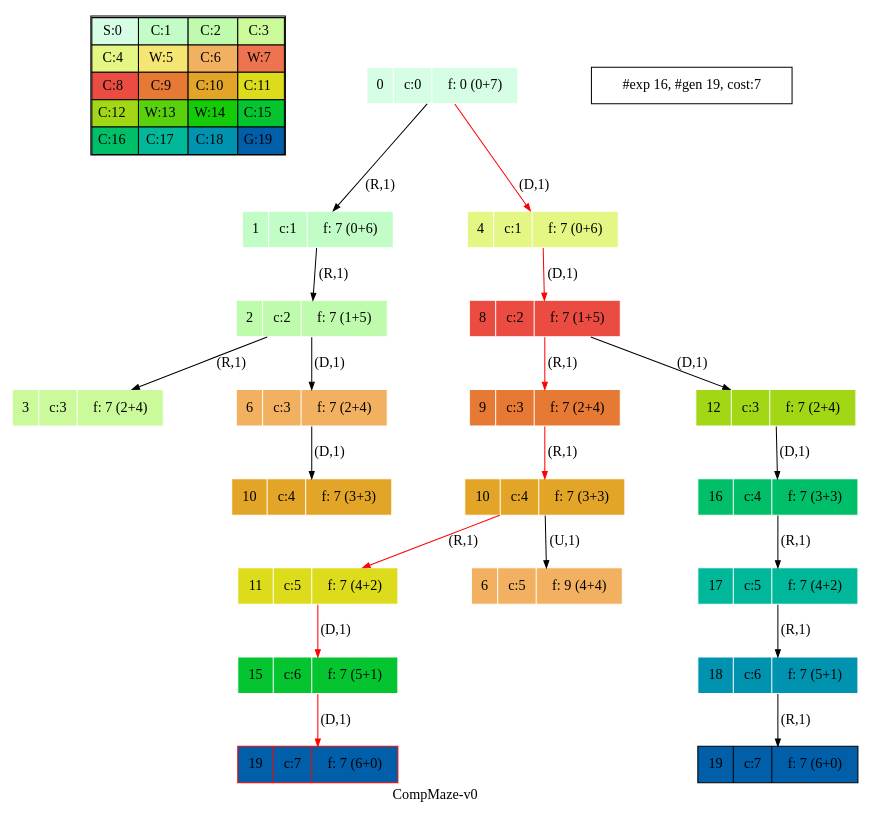
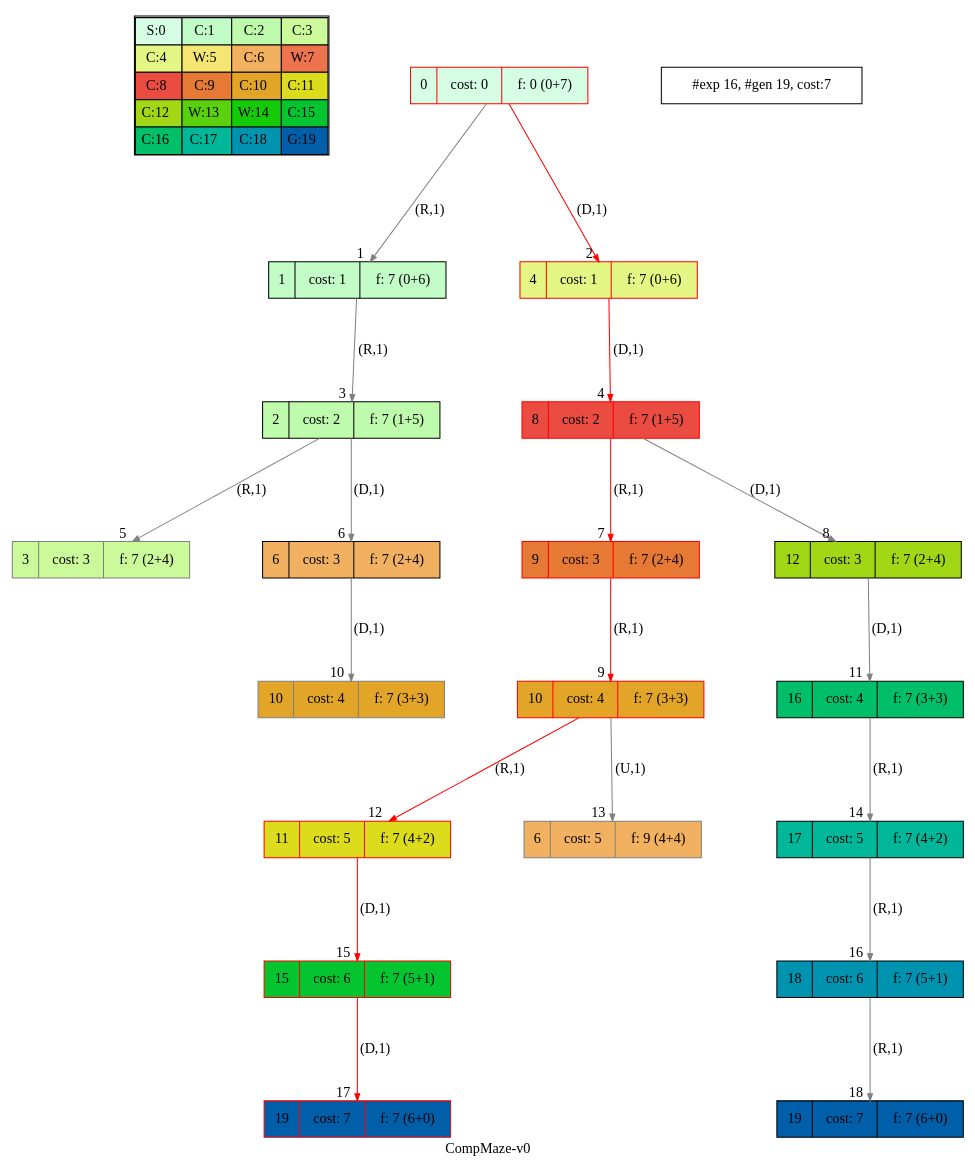
The diagram in viz/artifacts/tspd/dot/CompMaze-v0_astar.dot (blasco991/AI), drawn with Graphviz before and after one commit. The commit also changed 145 other files, not shown here.

```diff
--- a/viz/artifacts/tspd/dot/CompMaze-v0_astar.dot
+++ b/viz/artifacts/tspd/dot/CompMaze-v0_astar.dot
@@ -1,24 +1,22 @@
-digraph CompMaze { label="CompMaze-v0"
+digraph CompMaze { label="CompMaze-v0" nodesep=1 ranksep="1.2" node [shape=record] edge [arrowsize=0.7] 
 subgraph MAP {label=Map;map [shape=plaintext label=<<table border="1" cellpadding="5" cellspacing="0" cellborder="1"><tr><td bgcolor="0.39803922 0.15947579 0.99679532 1.        ">S:0</td><td bgcolor="0.35098039 0.23194764 0.99315867 1.        ">C:1</td><td bgcolor="0.29607843 0.31486959 0.98720184 1.        ">C:2</td><td bgcolor="0.24901961 0.38410575 0.98063477 1.        ">C:3</td></tr><tr><td bgcolor="0.19411765 0.46220388 0.97128103 1.        ">C:4</td><td bgcolor="0.14705882 0.52643216 0.96182564 1.        ">W:5</td><td bgcolor="0.09215686 0.59770746 0.94913494 1.        ">C:6</td><td bgcolor="0.0372549  0.66454018 0.93467977 1.        ">W:7</td></tr><tr><td bgcolor="0.00980392 0.71791192 0.92090552 1.        ">C:8</td><td bgcolor="0.06470588 0.77520398 0.9032472  1.        ">C:9</td><td bgcolor="0.11176471 0.81974048 0.88677369 1.        ">C:10</td><td bgcolor="0.16666667 0.8660254  0.8660254  1.        ">C:11</td></tr><tr><td bgcolor="0.21372549 0.9005867  0.84695821 1.        ">C:12</td><td bgcolor="0.26862745 0.93467977 0.82325295 1.        ">W:13</td><td bgcolor="0.32352941 0.96182564 0.79801723 1.        ">W:14</td><td bgcolor="0.37058824 0.97940977 0.77520398 1.        ">C:15</td></tr><tr><td bgcolor="0.4254902  0.99315867 0.74725253 1.        ">C:16</td><td bgcolor="0.47254902 0.99907048 0.72218645 1.        ">C:17</td><td bgcolor="0.52745098 0.99907048 0.69169844 1.        ">C:18</td><td bgcolor="0.5745098  0.99315867 0.66454018 1.        ">G:19</td></tr></table>>]} 
-nodesep=1 ranksep=0.5 node [shape=record] edge [arrowsize=0.7] 
-"0_0" [label="<f0>0 |<f1> c:0 |<f2> f: 0 (0+7)", style=filled color=white fillcolor="0.39803922 0.15947579 0.99679532 1.        "]
-"0_0.1-1" [label="<f0>1 |<f1> c:1 |<f2> f: 7 (0+6)", style=filled color=white fillcolor="0.35098039 0.23194764 0.99315867 1.        "] "0_0" -> "0_0.1-1" [label="(R,1)" ]; 
-"0_0.4-3" [label="<f0>4 |<f1> c:1 |<f2> f: 7 (0+6)", style=filled color=white fillcolor="0.19411765 0.46220388 0.97128103 1.        "] "0_0" -> "0_0.4-3" [label="(D,1)" color=red ];  
-"0_0.1.2-1" [label="<f0>2 |<f1> c:2 |<f2> f: 7 (1+5)", style=filled color=white fillcolor="0.29607843 0.31486959 0.98720184 1.        "] "0_0.1-1" -> "0_0.1.2-1" [label="(R,1)" ]; 
-"0_0.4.8-3" [label="<f0>8 |<f1> c:2 |<f2> f: 7 (1+5)", style=filled color=white fillcolor="0.00980392 0.71791192 0.92090552 1.        "] "0_0.4-3" -> "0_0.4.8-3" [label="(D,1)" color=red ];  
-"0_0.1.2.3-1" [label="<f0>3 |<f1> c:3 |<f2> f: 7 (2+4)", style=filled color=white fillcolor="0.24901961 0.38410575 0.98063477 1.        "] "0_0.1.2-1" -> "0_0.1.2.3-1" [label="(R,1)" ]; 
-"0_0.1.2.6-3" [label="<f0>6 |<f1> c:3 |<f2> f: 7 (2+4)", style=filled color=white fillcolor="0.09215686 0.59770746 0.94913494 1.        "] "0_0.1.2-1" -> "0_0.1.2.6-3" [label="(D,1)" ]; 
-"0_0.4.8.9-1" [label="<f0>9 |<f1> c:3 |<f2> f: 7 (2+4)", style=filled color=white fillcolor="0.06470588 0.77520398 0.9032472  1.        "] "0_0.4.8-3" -> "0_0.4.8.9-1" [label="(R,1)" color=red ];  
-"0_0.4.8.12-3" [label="<f0>12 |<f1> c:3 |<f2> f: 7 (2+4)", style=filled color=white fillcolor="0.21372549 0.9005867  0.84695821 1.        "] "0_0.4.8-3" -> "0_0.4.8.12-3" [label="(D,1)" ]; 
-"0_0.4.8.9.10-1" [label="<f0>10 |<f1> c:4 |<f2> f: 7 (3+3)", style=filled color=white fillcolor="0.11176471 0.81974048 0.88677369 1.        "] "0_0.4.8.9-1" -> "0_0.4.8.9.10-1" [label="(R,1)" color=red ];  
-"0_0.1.2.6.10-3" [label="<f0>10 |<f1> c:4 |<f2> f: 7 (3+3)", style=filled color=white fillcolor="0.11176471 0.81974048 0.88677369 1.        "] "0_0.1.2.6-3" -> "0_0.1.2.6.10-3" [label="(D,1)" ]; 
-"0_0.4.8.12.16-3" [label="<f0>16 |<f1> c:4 |<f2> f: 7 (3+3)", style=filled color=white fillcolor="0.4254902  0.99315867 0.74725253 1.        "] "0_0.4.8.12-3" -> "0_0.4.8.12.16-3" [label="(D,1)" ]; 
-"0_0.4.8.9.10.11-1" [label="<f0>11 |<f1> c:5 |<f2> f: 7 (4+2)", style=filled color=white fillcolor="0.16666667 0.8660254  0.8660254  1.        "] "0_0.4.8.9.10-1" -> "0_0.4.8.9.10.11-1" [label="(R,1)" color=red ];  
-"0_0.4.8.9.10.6-2" [label="<f0>6 |<f1> c:5 |<f2> f: 9 (4+4)", style=filled color=white fillcolor="0.09215686 0.59770746 0.94913494 1.        "] "0_0.4.8.9.10-1" -> "0_0.4.8.9.10.6-2" [label="(U,1)" ]; 
-"0_0.4.8.12.16.17-1" [label="<f0>17 |<f1> c:5 |<f2> f: 7 (4+2)", style=filled color=white fillcolor="0.47254902 0.99907048 0.72218645 1.        "] "0_0.4.8.12.16-3" -> "0_0.4.8.12.16.17-1" [label="(R,1)" ]; 
-"0_0.4.8.9.10.11.15-3" [label="<f0>15 |<f1> c:6 |<f2> f: 7 (5+1)", style=filled color=white fillcolor="0.37058824 0.97940977 0.77520398 1.        "] "0_0.4.8.9.10.11-1" -> "0_0.4.8.9.10.11.15-3" [label="(D,1)" color=red ];  
-"0_0.4.8.12.16.17.18-1" [label="<f0>18 |<f1> c:6 |<f2> f: 7 (5+1)", style=filled color=white fillcolor="0.52745098 0.99907048 0.69169844 1.        "] "0_0.4.8.12.16.17-1" -> "0_0.4.8.12.16.17.18-1" [label="(R,1)" ]; 
-"0_0.4.8.9.10.11.15.19-3" [label="<f0>19 |<f1> c:7 |<f2> f: 7 (6+0)", style=filled color=red fillcolor="0.5745098  0.99315867 0.66454018 1.        "] "0_0.4.8.9.10.11.15-3" -> "0_0.4.8.9.10.11.15.19-3" [label="(D,1)" color=red ];  
-"0_0.4.8.12.16.17.18.19-1" [label="<f0>19 |<f1> c:7 |<f2> f: 7 (6+0)", style=filled color=black fillcolor="0.5745098  0.99315867 0.66454018 1.        "] "0_0.4.8.12.16.17.18-1" -> "0_0.4.8.12.16.17.18.19-1" [label="(R,1)" ]; 
- "#exp 16, #gen 19, cost:7" [ shape=box ];
-}
+"0_0" [label="<f0>0 |<f1> cost: 0 |<f2> f: 0 (0+7)", style=filled color=grey fillcolor="0.39803922 0.15947579 0.99679532 1.        "];  
+"0_0" [label="<f0>0 |<f1> cost: 0 |<f2> f: 0 (0+7)", style=filled color=black color=red fillcolor="0.39803922 0.15947579 0.99679532 1.        "];  "0_0.1-1" [label="<f0>1 |<f1> cost: 1 |<f2> f: 7 (0+6)", style=filled color=grey fillcolor="0.35098039 0.23194764 0.99315867 1.        "];   "0_0" -> "0_0.1-1" [label="(R,1)" headlabel=" 1 " color=grey ]; 
+"0_0.4-3" [label="<f0>4 |<f1> cost: 1 |<f2> f: 7 (0+6)", style=filled color=grey color=red fillcolor="0.19411765 0.46220388 0.97128103 1.        "];   "0_0" -> "0_0.4-3" [label="(D,1)" headlabel=" 2 " color=grey color=red ]; 
+"0_0.1-1" [label="<f0>1 |<f1> cost: 1 |<f2> f: 7 (0+6)", style=filled color=black fillcolor="0.35098039 0.23194764 0.99315867 1.        "];  "0_0.1.2-1" [label="<f0>2 |<f1> cost: 2 |<f2> f: 7 (1+5)", style=filled color=grey fillcolor="0.29607843 0.31486959 0.98720184 1.        "];   "0_0.1-1" -> "0_0.1.2-1" [label="(R,1)" headlabel=" 3 " color=grey ]; 
+"0_0.4-3" [label="<f0>4 |<f1> cost: 1 |<f2> f: 7 (0+6)", style=filled color=black color=red fillcolor="0.19411765 0.46220388 0.97128103 1.        "];  "0_0.4.8-3" [label="<f0>8 |<f1> cost: 2 |<f2> f: 7 (1+5)", style=filled color=grey color=red fillcolor="0.00980392 0.71791192 0.92090552 1.        "];   "0_0.4-3" -> "0_0.4.8-3" [label="(D,1)" headlabel=" 4 " color=grey color=red ]; 
+"0_0.1.2-1" [label="<f0>2 |<f1> cost: 2 |<f2> f: 7 (1+5)", style=filled color=black fillcolor="0.29607843 0.31486959 0.98720184 1.        "];  "0_0.1.2.3-1" [label="<f0>3 |<f1> cost: 3 |<f2> f: 7 (2+4)", style=filled color=grey fillcolor="0.24901961 0.38410575 0.98063477 1.        "];   "0_0.1.2-1" -> "0_0.1.2.3-1" [label="(R,1)" headlabel=" 5 " color=grey ]; 
+"0_0.1.2.6-3" [label="<f0>6 |<f1> cost: 3 |<f2> f: 7 (2+4)", style=filled color=grey fillcolor="0.09215686 0.59770746 0.94913494 1.        "];   "0_0.1.2-1" -> "0_0.1.2.6-3" [label="(D,1)" headlabel=" 6 " color=grey ]; 
+"0_0.4.8-3" [label="<f0>8 |<f1> cost: 2 |<f2> f: 7 (1+5)", style=filled color=black color=red fillcolor="0.00980392 0.71791192 0.92090552 1.        "];  "0_0.4.8.9-1" [label="<f0>9 |<f1> cost: 3 |<f2> f: 7 (2+4)", style=filled color=grey color=red fillcolor="0.06470588 0.77520398 0.9032472  1.        "];   "0_0.4.8-3" -> "0_0.4.8.9-1" [label="(R,1)" headlabel=" 7 " color=grey color=red ]; 
+"0_0.4.8.12-3" [label="<f0>12 |<f1> cost: 3 |<f2> f: 7 (2+4)", style=filled color=grey fillcolor="0.21372549 0.9005867  0.84695821 1.        "];   "0_0.4.8-3" -> "0_0.4.8.12-3" [label="(D,1)" headlabel=" 8 " color=grey ]; 
+"0_0.4.8.9-1" [label="<f0>9 |<f1> cost: 3 |<f2> f: 7 (2+4)", style=filled color=black color=red fillcolor="0.06470588 0.77520398 0.9032472  1.        "];  "0_0.4.8.9.10-1" [label="<f0>10 |<f1> cost: 4 |<f2> f: 7 (3+3)", style=filled color=grey color=red fillcolor="0.11176471 0.81974048 0.88677369 1.        "];   "0_0.4.8.9-1" -> "0_0.4.8.9.10-1" [label="(R,1)" headlabel=" 9 " color=grey color=red ]; 
+"0_0.1.2.6-3" [label="<f0>6 |<f1> cost: 3 |<f2> f: 7 (2+4)", style=filled color=black fillcolor="0.09215686 0.59770746 0.94913494 1.        "];  "0_0.1.2.6.10-3" [label="<f0>10 |<f1> cost: 4 |<f2> f: 7 (3+3)", style=filled color=grey fillcolor="0.11176471 0.81974048 0.88677369 1.        "];   "0_0.1.2.6-3" -> "0_0.1.2.6.10-3" [label="(D,1)" headlabel=" 10 " color=grey ]; 
+"0_0.4.8.12-3" [label="<f0>12 |<f1> cost: 3 |<f2> f: 7 (2+4)", style=filled color=black fillcolor="0.21372549 0.9005867  0.84695821 1.        "];  "0_0.4.8.12.16-3" [label="<f0>16 |<f1> cost: 4 |<f2> f: 7 (3+3)", style=filled color=grey fillcolor="0.4254902  0.99315867 0.74725253 1.        "];   "0_0.4.8.12-3" -> "0_0.4.8.12.16-3" [label="(D,1)" headlabel=" 11 " color=grey ]; 
+"0_0.4.8.9.10-1" [label="<f0>10 |<f1> cost: 4 |<f2> f: 7 (3+3)", style=filled color=black color=red fillcolor="0.11176471 0.81974048 0.88677369 1.        "];  "0_0.4.8.9.10.11-1" [label="<f0>11 |<f1> cost: 5 |<f2> f: 7 (4+2)", style=filled color=grey color=red fillcolor="0.16666667 0.8660254  0.8660254  1.        "];   "0_0.4.8.9.10-1" -> "0_0.4.8.9.10.11-1" [label="(R,1)" headlabel=" 12 " color=grey color=red ]; 
+"0_0.4.8.9.10.6-2" [label="<f0>6 |<f1> cost: 5 |<f2> f: 9 (4+4)", style=filled color=grey fillcolor="0.09215686 0.59770746 0.94913494 1.        "];   "0_0.4.8.9.10-1" -> "0_0.4.8.9.10.6-2" [label="(U,1)" headlabel=" 13 " color=grey ]; 
+"0_0.4.8.12.16-3" [label="<f0>16 |<f1> cost: 4 |<f2> f: 7 (3+3)", style=filled color=black fillcolor="0.4254902  0.99315867 0.74725253 1.        "];  "0_0.4.8.12.16.17-1" [label="<f0>17 |<f1> cost: 5 |<f2> f: 7 (4+2)", style=filled color=grey fillcolor="0.47254902 0.99907048 0.72218645 1.        "];   "0_0.4.8.12.16-3" -> "0_0.4.8.12.16.17-1" [label="(R,1)" headlabel=" 14 " color=grey ]; 
+"0_0.4.8.9.10.11-1" [label="<f0>11 |<f1> cost: 5 |<f2> f: 7 (4+2)", style=filled color=black color=red fillcolor="0.16666667 0.8660254  0.8660254  1.        "];  "0_0.4.8.9.10.11.15-3" [label="<f0>15 |<f1> cost: 6 |<f2> f: 7 (5+1)", style=filled color=grey color=red fillcolor="0.37058824 0.97940977 0.77520398 1.        "];   "0_0.4.8.9.10.11-1" -> "0_0.4.8.9.10.11.15-3" [label="(D,1)" headlabel=" 15 " color=grey color=red ]; 
+"0_0.4.8.12.16.17-1" [label="<f0>17 |<f1> cost: 5 |<f2> f: 7 (4+2)", style=filled color=black fillcolor="0.47254902 0.99907048 0.72218645 1.        "];  "0_0.4.8.12.16.17.18-1" [label="<f0>18 |<f1> cost: 6 |<f2> f: 7 (5+1)", style=filled color=grey fillcolor="0.52745098 0.99907048 0.69169844 1.        "];   "0_0.4.8.12.16.17-1" -> "0_0.4.8.12.16.17.18-1" [label="(R,1)" headlabel=" 16 " color=grey ]; 
+"0_0.4.8.9.10.11.15-3" [label="<f0>15 |<f1> cost: 6 |<f2> f: 7 (5+1)", style=filled color=black color=red fillcolor="0.37058824 0.97940977 0.77520398 1.        "];  "0_0.4.8.9.10.11.15.19-3" [label="<f0>19 |<f1> cost: 7 |<f2> f: 7 (6+0)", style=filled color=black color=red fillcolor="0.5745098  0.99315867 0.66454018 1.        "]; /*GOALSTATE*/  "0_0.4.8.9.10.11.15-3" -> "0_0.4.8.9.10.11.15.19-3" [label="(D,1)" headlabel=" 17 " color=grey color=red ]; 
+"0_0.4.8.12.16.17.18-1" [label="<f0>18 |<f1> cost: 6 |<f2> f: 7 (5+1)", style=filled color=black fillcolor="0.52745098 0.99907048 0.69169844 1.        "];  "0_0.4.8.12.16.17.18.19-1" [label="<f0>19 |<f1> cost: 7 |<f2> f: 7 (6+0)", style=filled color=black fillcolor="0.5745098  0.99315867 0.66454018 1.        "]; /*GOALSTATE*/  "0_0.4.8.12.16.17.18-1" -> "0_0.4.8.12.16.17.18.19-1" [label="(R,1)" headlabel=" 18 " color=grey ];
+"#exp 16, #gen 19, cost:7" [ shape=box ]; }
```
